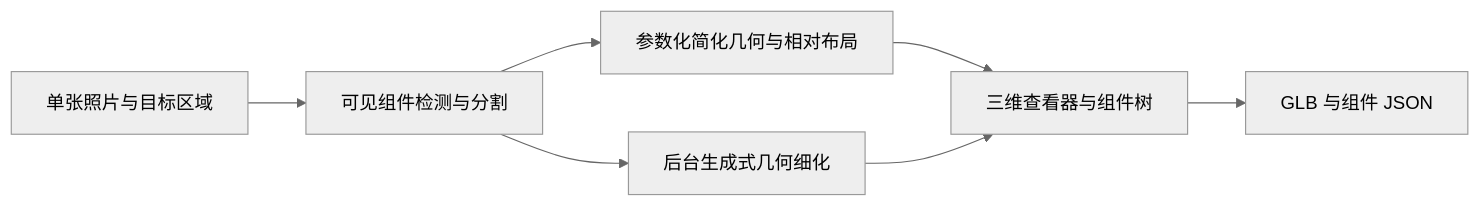
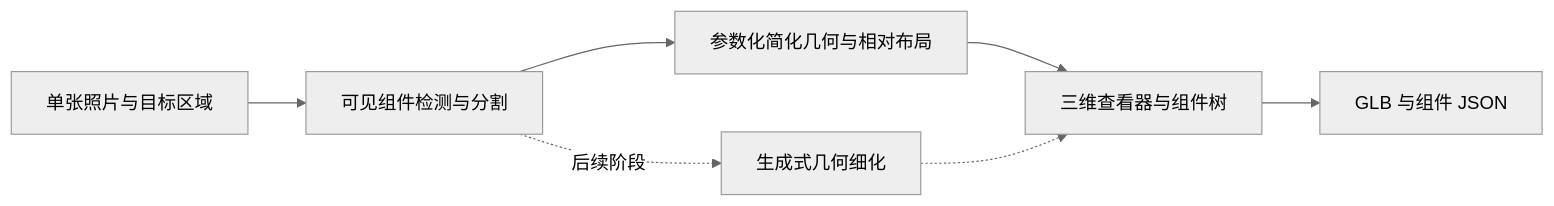
One commit to HenryVarro666/2Dto3D changed the diagram in README.md. Above: the diagram before and after it, drawn with Mermaid (neutral theme). The commit also changed other lines of this file and 11 other files, not shown here.

````diff
--- a/README.md
+++ b/README.md
@@ -51,9 +51,9 @@
 ```mermaid
 flowchart LR
     A[单张照片与目标区域] --> B[可见组件检测与分割]
     B --> C[参数化简化几何与相对布局]
     C --> D[三维查看器与组件树]
-    B --> E[后台生成式几何细化]
-    E --> D
+    B -. 后续阶段 .-> E[生成式几何细化]
+    E -.-> D
     D --> F[GLB 与组件 JSON]
 ```
````
